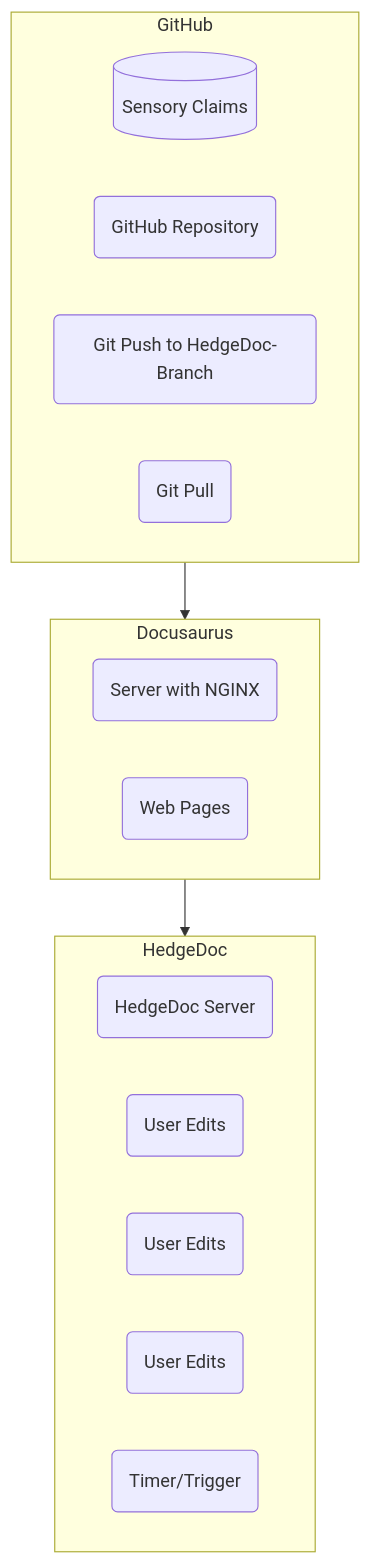
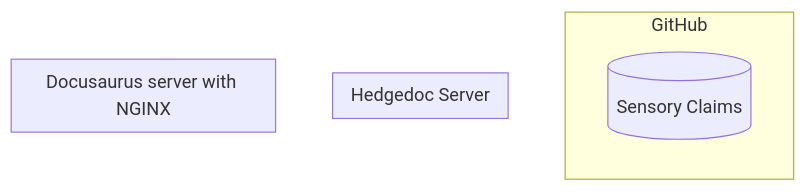
One commit to nqminds/SBOM-GAP changed the diagram in README.md. Above: the diagram before and after it, drawn with Mermaid.

Commit message:
[2024-01-11 10:06:42] Anthony McCaigue: documentation-toolchain

````diff
--- a/README.md
+++ b/README.md
@@ -6,30 +6,17 @@
 ```mermaid
 graph TD;
 
 %% GitHub
-subgraph GitHub
+subgraph git[GitHub]
   db[(Sensory Claims)]
-  ghRepo(GitHub Repository)
-  ghAction1(Git Push to HedgeDoc-Branch)
-  ghAction2(Git Pull)
 end
 
 %% HedgeDoc Server
-subgraph HedgeDoc
-  hedgeDoc(HedgeDoc Server)
-  hedgeEdit1(User Edits)
-  hedgeEdit2(User Edits)
-  hedgeEdit3(User Edits)
-  hedgeTimer(Timer/Trigger)
+subgraph hedgedoc[Hedgedoc Server]
 end
 
 %% Server Hosting Pages using NGINX
-subgraph Docusaurus
-  nginxServer(Server with NGINX)
-  nginxPage(Web Pages)
+subgraph docusaurus[Docusaurus server with NGINX]
 end
 
-%% Arrows and Actions
-GitHub --> Docusaurus
-Docusaurus --> HedgeDoc
 ```
````
